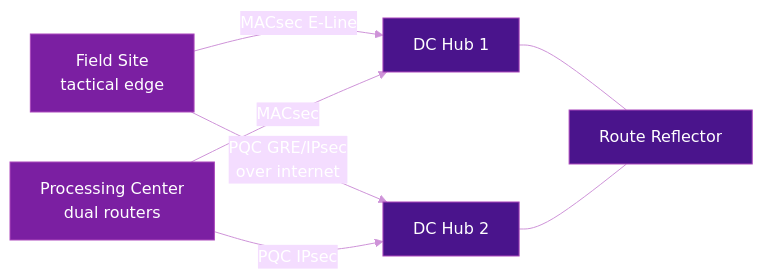
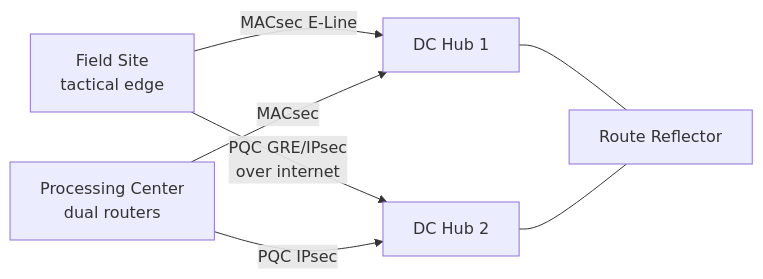
Before and after one commit to eldaninavas/srv6.md: the diagram in docs/use-cases/mission-critical.md, drawn with Mermaid. The commit also changed 1 other file, not shown here.

Commit message:
fix(mermaid): theme-aware diagram colors readable in light and dark mode
Material renders mermaid inside a closed shadow root, so CSS rules in
custom.css never reach the SVG and hardcoded dark fills collide with the
light scheme's dark labels. Define the supported --md-mermaid-* custom
properties per color scheme (they inherit through the shadow boundary)
and drop the hardcoded init directive and style fills from the
mission-critical architecture diagram.

````diff
--- a/docs/use-cases/mission-critical.md
+++ b/docs/use-cases/mission-critical.md
@@ -53,16 +53,9 @@
 ```mermaid
-%%{init: {"theme": "base", "themeVariables": {"primaryTextColor": "#fff", "lineColor": "#ce93d8", "textColor": "#fff"}}}%%
 graph LR
     FS[Field Site<br/>tactical edge] -->|MACsec E-Line| HUB1[DC Hub 1]
     FS -->|PQC GRE/IPsec<br/>over internet| HUB2[DC Hub 2]
     SPC[Processing Center<br/>dual routers] -->|MACsec| HUB1
     SPC -->|PQC IPsec| HUB2
     HUB1 --- RR[Route Reflector]
     HUB2 --- RR
-
-    style FS fill:#7b1fa2,color:#fff,stroke:#ab47bc
-    style SPC fill:#7b1fa2,color:#fff,stroke:#ab47bc
-    style HUB1 fill:#4a148c,color:#fff,stroke:#ab47bc
-    style HUB2 fill:#4a148c,color:#fff,stroke:#ab47bc
-    style RR fill:#4a148c,color:#fff,stroke:#ab47bc
 ```
````
